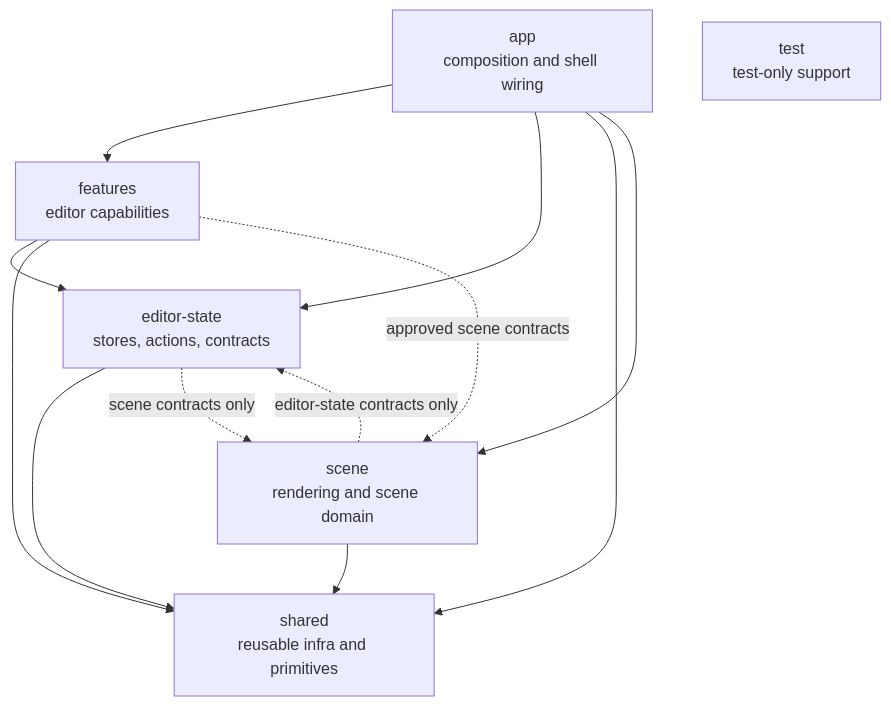
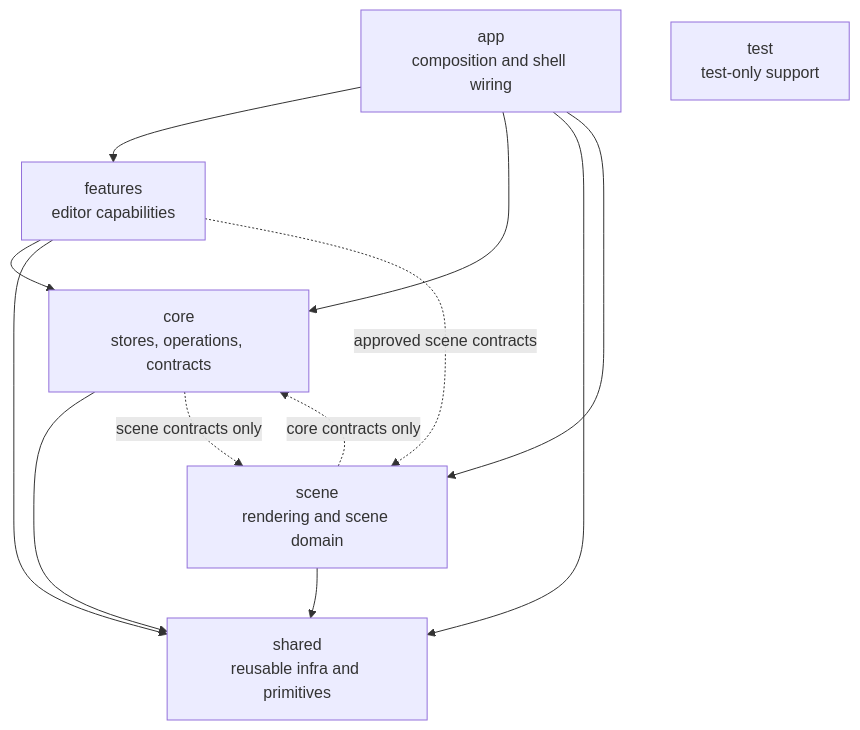
One commit to christopher-r-anderson/room-layout changed the diagram in docs/architecture-boundaries.md. Above: the diagram before and after it, drawn with Mermaid. The commit also changed other lines of this file and 142 other files, not shown here.

First line of the commit message:
refactor(core): rename editor-state to core, group by responsibility

````diff
--- a/docs/architecture-boundaries.md
+++ b/docs/architecture-boundaries.md
@@ -9,24 +9,24 @@
 ```mermaid
 flowchart TD
   app["app\ncomposition and shell wiring"]
   features["features\neditor capabilities"]
-  state["editor-state\nstores, actions, contracts"]
+  core["core\nstores, operations, contracts"]
   shared["shared\nreusable infra and primitives"]
   scene["scene\nrendering and scene domain"]
   test["test\n test-only support"]
 
   app --> features
-  app --> state
+  app --> core
   app --> shared
   app --> scene
 
-  features --> state
+  features --> core
   features --> shared
   features -. approved scene contracts .-> scene
 
-  state --> shared
-  state -. scene contracts only .-> scene
+  core --> shared
+  core -. scene contracts only .-> scene
 
   scene --> shared
-  scene -. editor-state contracts only .-> state
+  scene -. core contracts only .-> core
 ```
````
